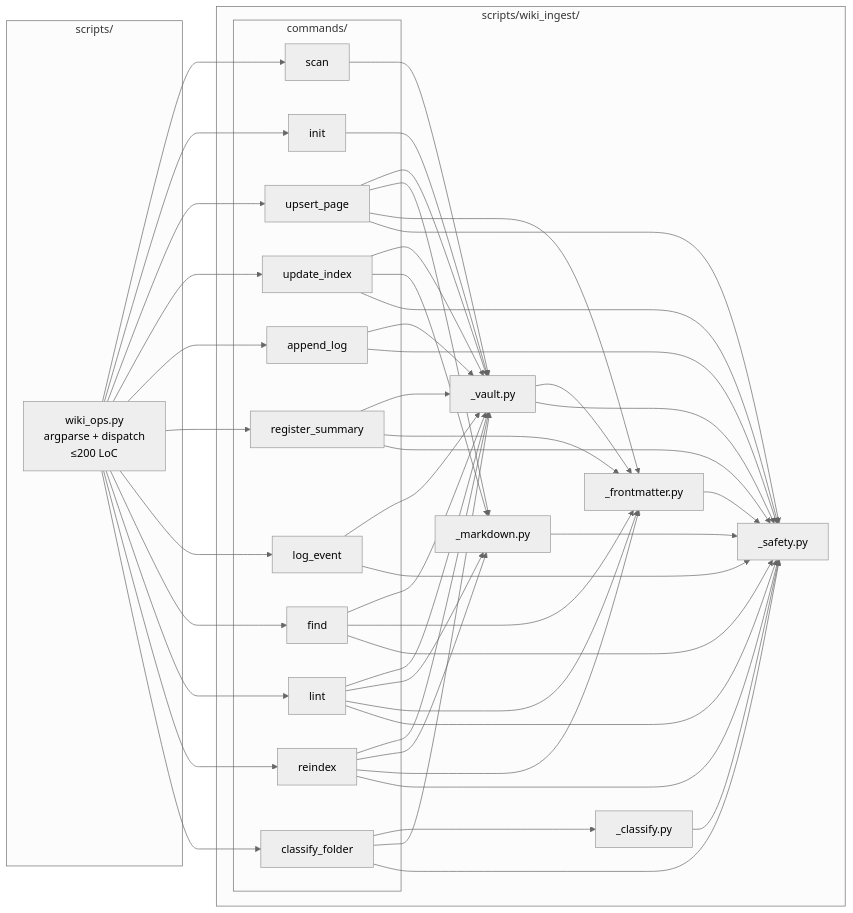
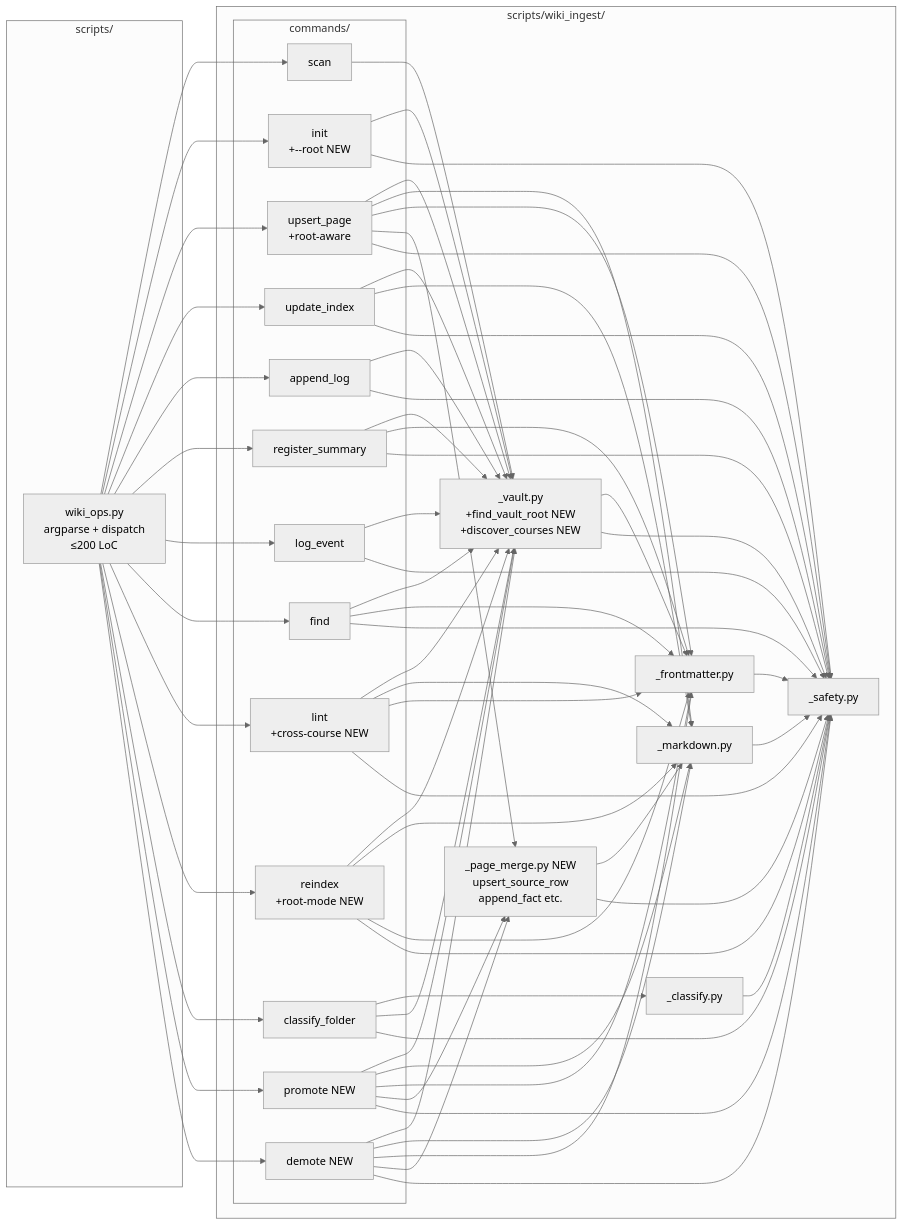
One commit to MatrixFounder/Universal-skills changed the third of 3 diagrams in docs/ARCHITECTURE.md. Above: the diagram before and after it, drawn with Mermaid (neutral theme). The commit also changed other lines of this file and 43 other files, not shown here.

````diff
--- a/docs/ARCHITECTURE.md
+++ b/docs/ARCHITECTURE.md
@@ -254,46 +496,52 @@
 ```mermaid
 graph LR
     subgraph "scripts/"
         SHIM[wiki_ops.py<br/>argparse + dispatch<br/>≤200 LoC]
     end
 
     subgraph "scripts/wiki_ingest/"
         SAFETY[_safety.py]
         MARKDOWN[_markdown.py]
         FRONTMATTER[_frontmatter.py]
-        VAULT[_vault.py]
+        PAGEMERGE["_page_merge.py NEW<br/>upsert_source_row<br/>append_fact etc."]
+        VAULT["_vault.py<br/>+find_vault_root NEW<br/>+discover_courses NEW"]
         CLASSIFY[_classify.py]
 
         subgraph "commands/"
             SCAN[scan]
-            CINIT[init]
-            UPSERT[upsert_page]
+            CINIT["init<br/>+--root NEW"]
+            UPSERT["upsert_page<br/>+root-aware"]
             UPDIDX[update_index]
             APLOG[append_log]
             REGSUM[register_summary]
             LOGEV[log_event]
             FIND[find]
-            LINT[lint]
-            REINDEX[reindex]
+            LINT["lint<br/>+cross-course NEW"]
+            REINDEX["reindex<br/>+root-mode NEW"]
             CFOLDER[classify_folder]
+            PROMOTE["promote NEW"]
+            DEMOTE["demote NEW"]
         end
     end
 
-    SHIM --> SCAN & CINIT & UPSERT & UPDIDX & APLOG & REGSUM & LOGEV & FIND & LINT & REINDEX & CFOLDER
+    SHIM --> SCAN & CINIT & UPSERT & UPDIDX & APLOG & REGSUM & LOGEV & FIND & LINT & REINDEX & CFOLDER & PROMOTE & DEMOTE
     SCAN --> VAULT
-    CINIT --> VAULT
-    UPSERT --> VAULT & MARKDOWN & FRONTMATTER & SAFETY
+    CINIT --> VAULT & SAFETY
+    UPSERT --> VAULT & MARKDOWN & FRONTMATTER & PAGEMERGE & SAFETY
     UPDIDX --> VAULT & MARKDOWN & SAFETY
     APLOG --> VAULT & SAFETY
     REGSUM --> VAULT & FRONTMATTER & SAFETY
     LOGEV --> VAULT & SAFETY
     FIND --> VAULT & FRONTMATTER & SAFETY
     LINT --> VAULT & MARKDOWN & FRONTMATTER & SAFETY
     REINDEX --> VAULT & MARKDOWN & FRONTMATTER & SAFETY
     CFOLDER --> CLASSIFY & VAULT & SAFETY
+    PROMOTE --> VAULT & MARKDOWN & FRONTMATTER & PAGEMERGE & SAFETY
+    DEMOTE --> VAULT & MARKDOWN & FRONTMATTER & PAGEMERGE & SAFETY
 
     VAULT --> FRONTMATTER & SAFETY
     CLASSIFY --> SAFETY
+    PAGEMERGE --> MARKDOWN & SAFETY
     MARKDOWN --> SAFETY
     FRONTMATTER --> SAFETY
 ```
````
